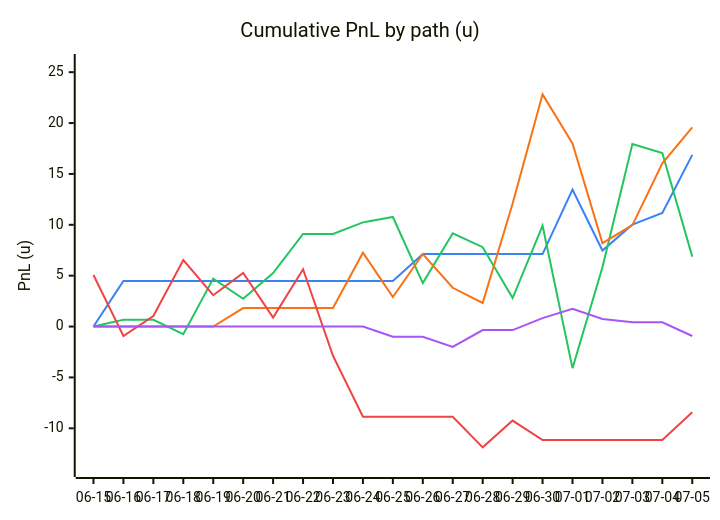
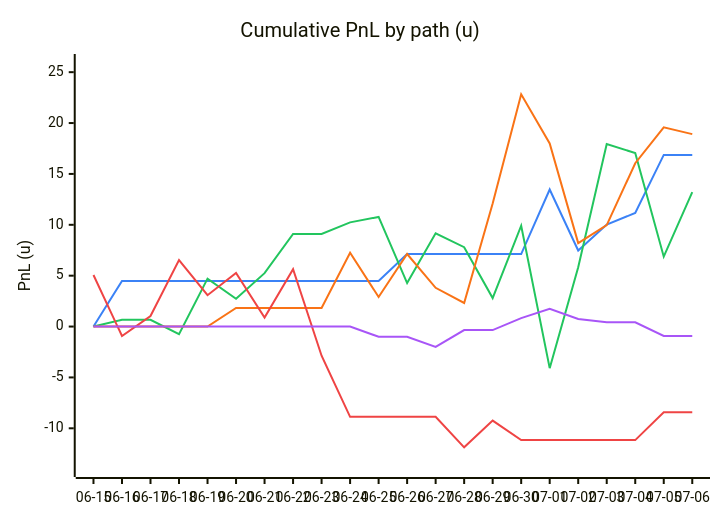
The first of 5 diagrams in DAILY_AGSU_REPORT.md (dpk1212/nhl-savant), drawn with Mermaid before and after one commit. The commit also changed other lines of this file, not shown here.

````diff
--- a/DAILY_AGSU_REPORT.md
+++ b/DAILY_AGSU_REPORT.md
@@ -201,12 +206,12 @@
 ```mermaid
 %%{init: {"themeVariables": {"xyChart": {"plotColorPalette": "#3b82f6,#22c55e,#f97316,#ef4444,#a855f7"}}}}%%
 xychart-beta
     title "Cumulative PnL by path (u)"
-    x-axis ["06-15", "06-16", "06-17", "06-18", "06-19", "06-20", "06-21", "06-22", "06-23", "06-24", "06-25", "06-26", "06-27", "06-28", "06-29", "06-30", "07-01", "07-02", "07-03", "07-04", "07-05"]
+    x-axis ["06-15", "06-16", "06-17", "06-18", "06-19", "06-20", "06-21", "06-22", "06-23", "06-24", "06-25", "06-26", "06-27", "06-28", "06-29", "06-30", "07-01", "07-02", "07-03", "07-04", "07-05", "07-06"]
     y-axis "PnL (u)" -14 --> 26
-    line [0, 4.48, 4.48, 4.48, 4.48, 4.48, 4.48, 4.48, 4.48, 4.48, 4.48, 7.12, 7.12, 7.12, 7.12, 7.12, 13.47, 7.47, 10.02, 11.16, 16.87]
-    line [0, 0.67, 0.67, -0.75, 4.71, 2.73, 5.25, 9.1, 9.1, 10.24, 10.77, 4.27, 9.16, 7.8, 2.8, 9.91, -4.09, 5.82, 17.93, 17.05, 6.87]
-    line [0, 0, 0, 0, 0, 1.82, 1.82, 1.82, 1.82, 7.26, 2.9, 7.13, 3.81, 2.32, 12.09, 22.82, 18, 8.2, 9.97, 16.05, 19.58]
-    line [5.07, -0.93, 1.03, 6.54, 3.08, 5.27, 0.88, 5.63, -2.87, -8.87, -8.87, -8.87, -8.87, -11.87, -9.24, -11.16, -11.16, -11.16, -11.16, -11.16, -8.43]
-    line [0, 0, 0, 0, 0, 0, 0, 0, 0, 0, -1, -1, -2, -0.35, -0.35, 0.83, 1.74, 0.74, 0.42, 0.42, -0.93]
+    line [0, 4.48, 4.48, 4.48, 4.48, 4.48, 4.48, 4.48, 4.48, 4.48, 4.48, 7.12, 7.12, 7.12, 7.12, 7.12, 13.47, 7.47, 10.02, 11.16, 16.87, 16.87]
+    line [0, 0.67, 0.67, -0.75, 4.71, 2.73, 5.25, 9.1, 9.1, 10.24, 10.77, 4.27, 9.16, 7.8, 2.8, 9.91, -4.09, 5.82, 17.93, 17.05, 6.87, 13.21]
+    line [0, 0, 0, 0, 0, 1.82, 1.82, 1.82, 1.82, 7.26, 2.9, 7.13, 3.81, 2.32, 12.09, 22.82, 18, 8.2, 9.97, 16.05, 19.58, 18.91]
+    line [5.07, -0.93, 1.03, 6.54, 3.08, 5.27, 0.88, 5.63, -2.87, -8.87, -8.87, -8.87, -8.87, -11.87, -9.24, -11.16, -11.16, -11.16, -11.16, -11.16, -8.43, -8.43]
+    line [0, 0, 0, 0, 0, 0, 0, 0, 0, 0, -1, -1, -2, -0.35, -0.35, 0.83, 1.74, 0.74, 0.42, 0.42, -0.93, -0.93]
 ```
````
